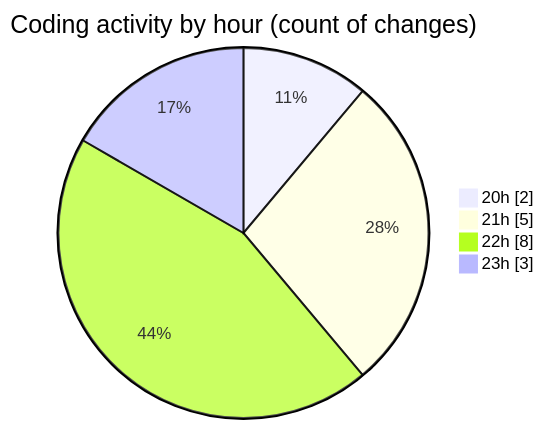
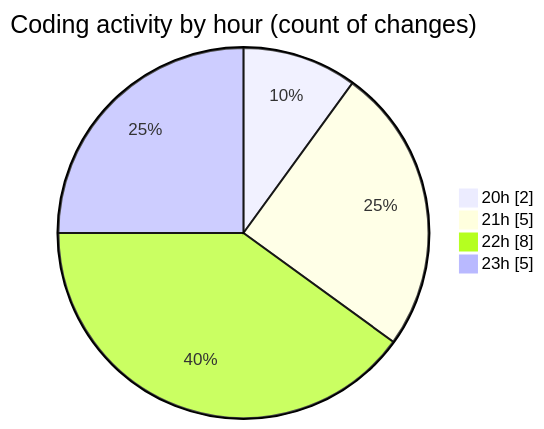
Before and after one commit to hasnaa123/code-tracking: the second of 2 diagrams in 2025-12-23/technologie_web/README.md, drawn with Mermaid. The commit also changed other lines of this file and 1 other file, not shown here.

````diff
--- a/2025-12-23/technologie_web/README.md
+++ b/2025-12-23/technologie_web/README.md
@@ -28,8 +28,8 @@
 ```mermaid
 pie showData
 title Coding activity by hour (count of changes)
 "20h" : 2
 "21h" : 5
 "22h" : 8
-"23h" : 3
+"23h" : 5
 ```
````
